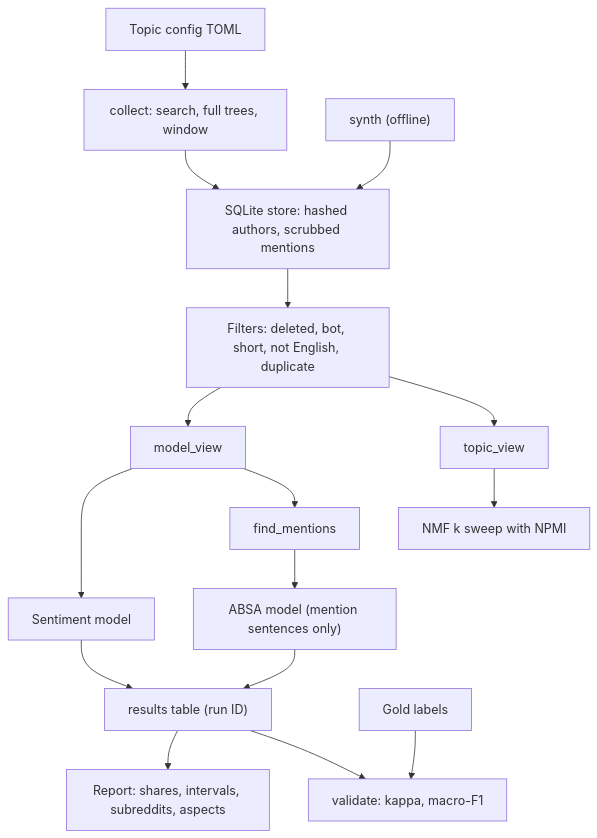
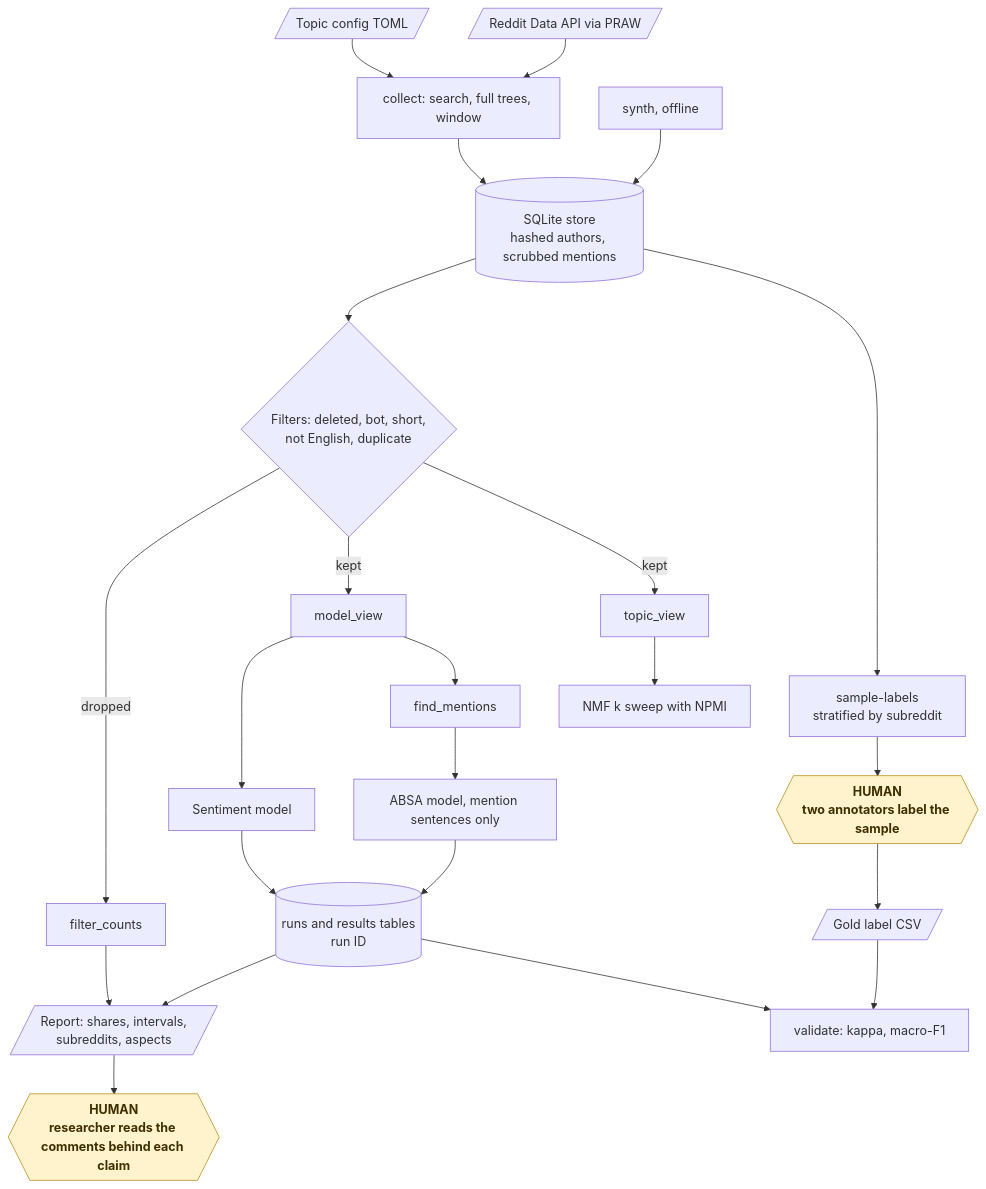
Before and after one commit to KrishnaAnnavaram/reddit-pulse: the fifth of 19 diagrams in README.md, drawn with Mermaid. The commit also changed other lines of this file, not shown here.

Commit message:
Add the workflow diagrams to the README

````diff
--- a/README.md
+++ b/README.md
@@ -200,18 +256,28 @@
 ```mermaid
-flowchart TB
-    CFG["Topic config TOML"] --> COL["collect: search, full trees, window"]
-    COL --> ST["SQLite store: hashed authors, scrubbed mentions"]
-    SYN["synth (offline)"] --> ST
-    ST --> FIL["Filters: deleted, bot, short, not English, duplicate"]
-    FIL --> MV["model_view"]
-    FIL --> TV["topic_view"]
+flowchart TD
+    CFG[/"Topic config TOML"/] --> COL["collect: search, full trees, window"]
+    API[/"Reddit Data API via PRAW"/] --> COL
+    COL --> ST[("SQLite store<br/>hashed authors, scrubbed mentions")]
+    SYN["synth, offline"] --> ST
+    ST --> FIL{"Filters: deleted, bot, short,<br/>not English, duplicate"}
+    FIL -- "dropped" --> CNT["filter_counts"]
+    FIL -- "kept" --> MV["model_view"]
+    FIL -- "kept" --> TV["topic_view"]
     MV --> SEN["Sentiment model"]
     MV --> MEN["find_mentions"]
-    MEN --> ABSA["ABSA model (mention sentences only)"]
+    MEN --> ABSA["ABSA model, mention sentences only"]
     TV --> TOP["NMF k sweep with NPMI"]
-    SEN --> RES["results table (run ID)"]
+    SEN --> RES[("runs and results tables<br/>run ID")]
     ABSA --> RES
-    RES --> REP["Report: shares, intervals, subreddits, aspects"]
-    GOLD["Gold labels"] --> VAL["validate: kappa, macro-F1"]
+    RES --> REP[/"Report: shares, intervals,<br/>subreddits, aspects"/]
+    CNT --> REP
+    ST --> SMP["sample-labels<br/>stratified by subreddit"]
+    SMP --> ANN{{"HUMAN<br/>two annotators label the sample"}}
+    ANN --> GOLD[/"Gold label CSV"/]
+    GOLD --> VAL["validate: kappa, macro-F1"]
     RES --> VAL
+    REP --> READ{{"HUMAN<br/>researcher reads the comments behind each claim"}}
+
+    classDef human fill:#fff3cd,stroke:#b8901f,color:#3d2f00,font-weight:bold
+    class ANN,READ human
 ```
````
